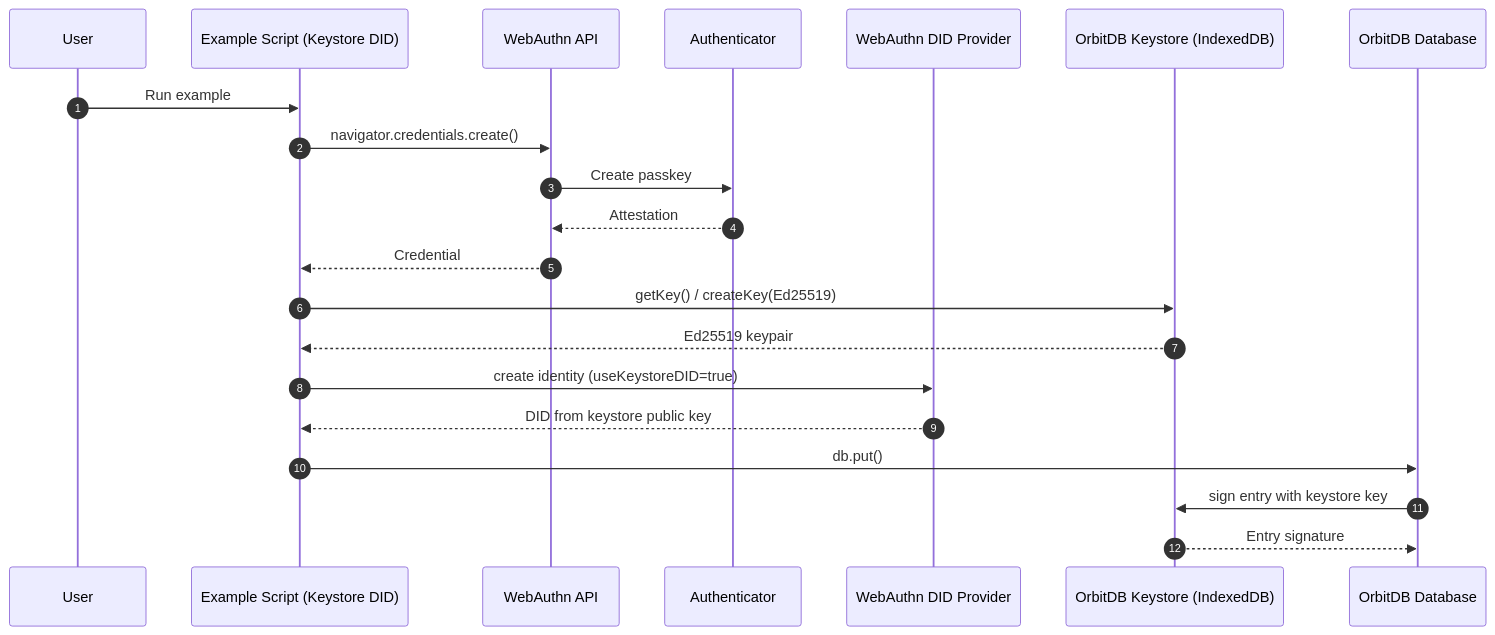
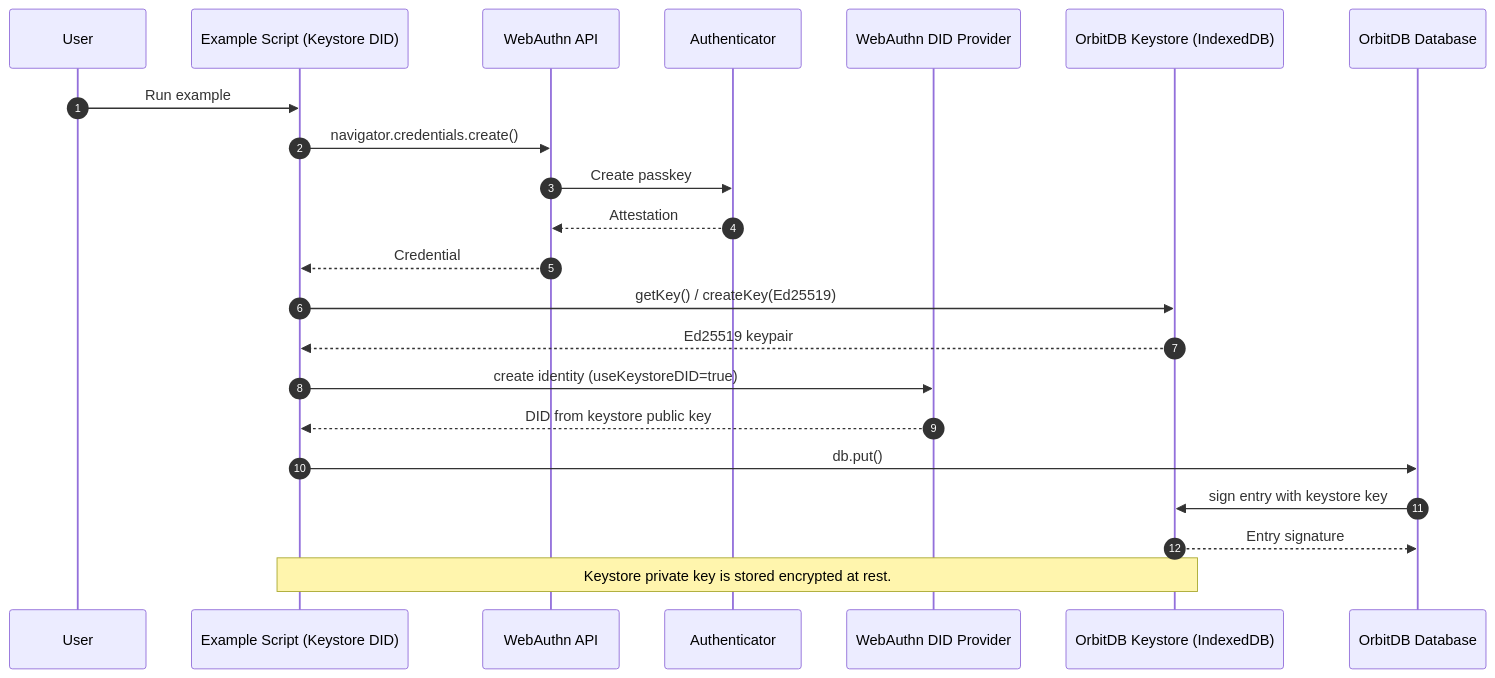
One commit to Le-Space/orbitdb-identity-provider-webauthn-did changed the first of 6 diagrams in docs/EXAMPLE-SEQUENCES.md. Above: the diagram before and after it, drawn with Mermaid. The commit also changed 16 other files, not shown here.

````diff
--- a/docs/EXAMPLE-SEQUENCES.md
+++ b/docs/EXAMPLE-SEQUENCES.md
@@ -7,26 +7,28 @@
 ```mermaid
 sequenceDiagram
   autonumber
   participant User
   participant App as Example Script (Keystore DID)
   participant WebAuthn as WebAuthn API
   participant Auth as Authenticator
   participant Prov as WebAuthn DID Provider
   participant KS as OrbitDB Keystore (IndexedDB)
   participant DB as OrbitDB Database
 
   User->>App: Run example
   App->>WebAuthn: navigator.credentials.create()
   WebAuthn->>Auth: Create passkey
   Auth-->>WebAuthn: Attestation
   WebAuthn-->>App: Credential
 
   App->>KS: getKey() / createKey(Ed25519)
   KS-->>App: Ed25519 keypair
   App->>Prov: create identity (useKeystoreDID=true)
   Prov-->>App: DID from keystore public key
 
   App->>DB: db.put()
   DB->>KS: sign entry with keystore key
   KS-->>DB: Entry signature
+
+  Note over App,KS: Keystore private key is stored encrypted at rest.
 ```
````
